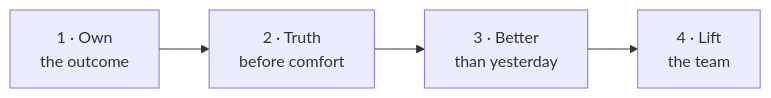
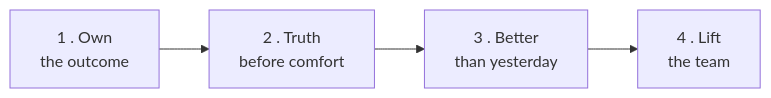
One commit to leotansingapore/aia-product-compass-hub changed the second of 2 diagrams in docs/first-60-days/week-1/day-01.md. Above: the diagram before and after it, drawn with Mermaid. The commit also changed other lines of this file and 75 other files, not shown here.

````diff
--- a/docs/first-60-days/week-1/day-01.md
+++ b/docs/first-60-days/week-1/day-01.md
@@ -125,4 +125,4 @@
 ```mermaid
 flowchart LR
-    V1["1 · Own<br/>the outcome"] --> V2["2 · Truth<br/>before comfort"] --> V3["3 · Better<br/>than yesterday"] --> V4["4 · Lift<br/>the team"]
+    V1["1 . Own<br/>the outcome"] --> V2["2 . Truth<br/>before comfort"] --> V3["3 . Better<br/>than yesterday"] --> V4["4 . Lift<br/>the team"]
 ```
````
